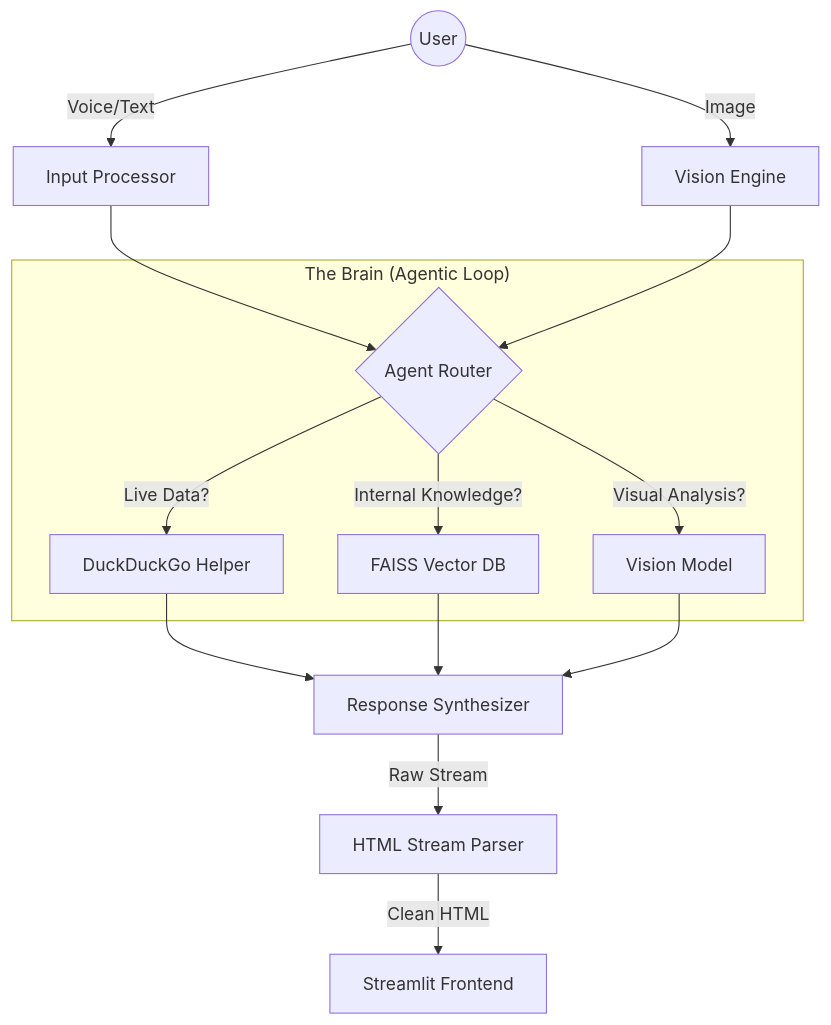
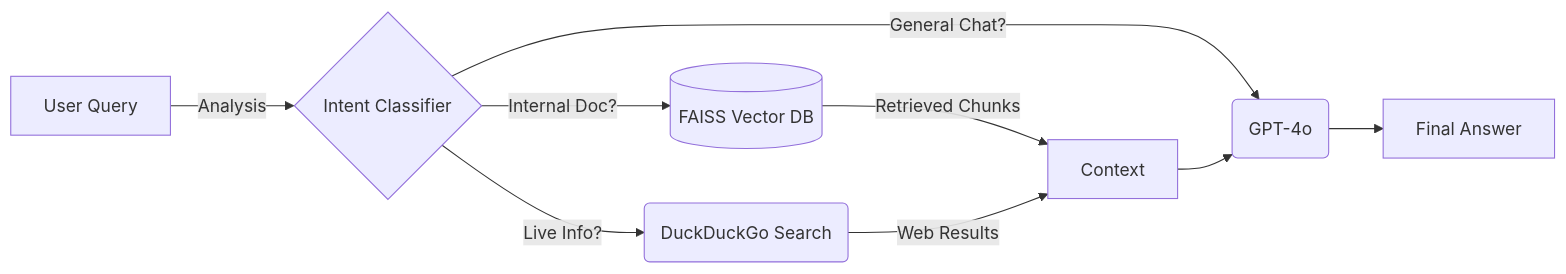
Before and after one commit to Sur27codes/EchoMindAI: the first of 2 diagrams in README.md, drawn with Mermaid. The commit also changed other lines of this file, not shown here.

Commit message:
Add detailed workflows and visual examples to README

````diff
--- a/README.md
+++ b/README.md
@@ -26,21 +27,14 @@
 ```mermaid
-graph TD
-    User((User)) -->|Voice/Text| Input[Input Processor]
-    User -->|Image| Vision[Vision Engine]
+graph LR
+    Query[User Query] -->|Analysis| Classifier{Intent Classifier}
     
-    Input --> Router{Agent Router}
-    Vision --> Router
+    Classifier -->|Internal Doc?| VectorDB[(FAISS Vector DB)]
+    Classifier -->|Live Info?| Search(DuckDuckGo Search)
+    Classifier -->|General Chat?| LLM(GPT-4o)
     
-    subgraph "The Brain (Agentic Loop)"
-        Router -->|Live Data?| Web[DuckDuckGo Helper]
-        Router -->|Internal Knowledge?| RAG[FAISS Vector DB]
-        Router -->|Visual Analysis?| Mllm[Vision Model]
-    end
+    VectorDB -->|Retrieved Chunks| Context
+    Search -->|Web Results| Context
     
-    Web --> Synthesizer[Response Synthesizer]
-    RAG --> Synthesizer
-    Mllm --> Synthesizer
-    
-    Synthesizer -->|Raw Stream| Parser[HTML Stream Parser]
-    Parser -->|Clean HTML| UI[Streamlit Frontend]
+    Context --> LLM
+    LLM --> Response[Final Answer]
 ```
````
